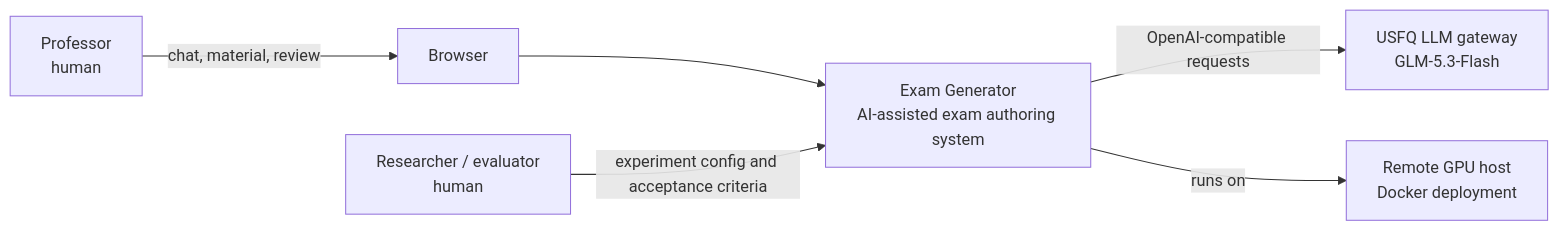
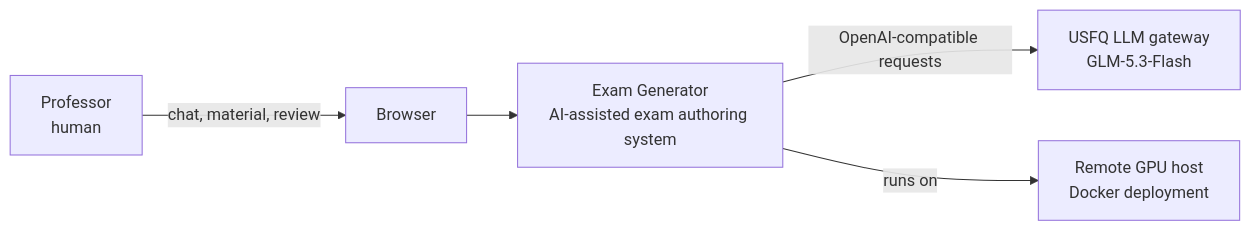
One commit to danilo-pilacuan/examgen-project changed the first of 26 diagrams in docs/graphs.md. Above: the diagram before and after it, drawn with Mermaid. The commit also changed other lines of this file and 5 other files, not shown here.

First line of the commit message:
docs(graphs): restrict graphs to user mode and add thesis view

````diff
--- a/docs/graphs.md
+++ b/docs/graphs.md
@@ -22,15 +23,13 @@
 ```mermaid
 flowchart LR
     professor["Professor<br/>human"]
-    evaluator["Researcher / evaluator<br/>human"]
     system["Exam Generator<br/>AI-assisted exam authoring system"]
     gateway["USFQ LLM gateway<br/>GLM-5.3-Flash"]
     browser["Browser"]
     gpu["Remote GPU host<br/>Docker deployment"]
 
     professor -->|"chat, material, review"| browser
     browser --> system
-    evaluator -->|"experiment config and acceptance criteria"| system
     system -->|"OpenAI-compatible requests"| gateway
     system -->|"runs on"| gpu
 ```
````
